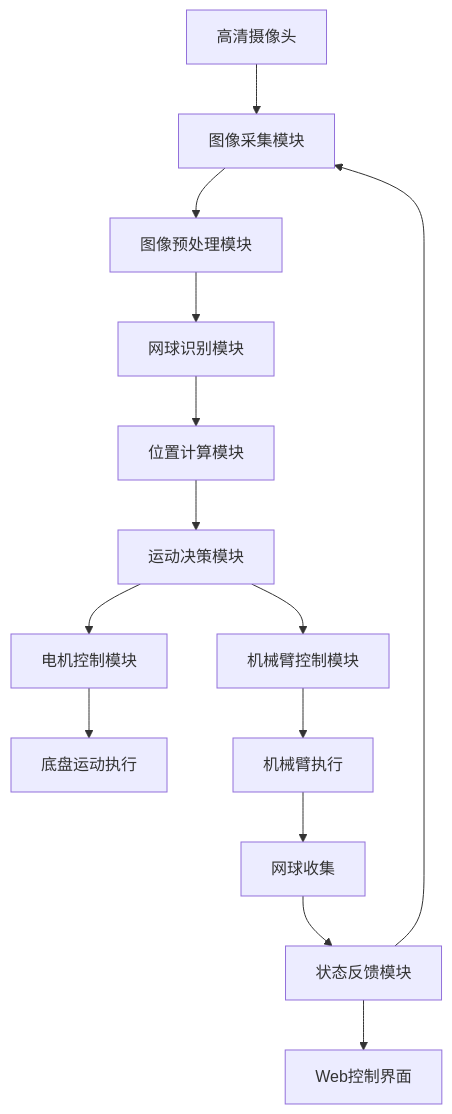
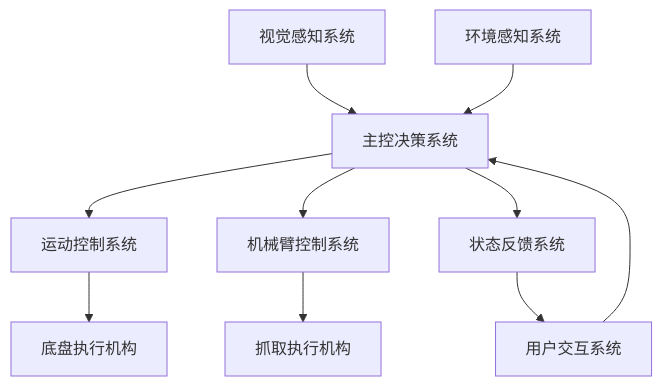
Before and after one commit to chenlongos/Phytium-Pi-Robot: the first of 2 diagrams in src/chapter_1/1_5_system_architecture.md, drawn with Mermaid. The commit also changed other lines of this file and 44 other files, not shown here.

````diff
--- a/src/chapter_1/1_5_system_architecture.md
+++ b/src/chapter_1/1_5_system_architecture.md
@@ -2,16 +7,13 @@
 ```mermaid
 graph TD
-    A[高清摄像头] --> B[图像采集模块]
-    B --> C[图像预处理模块]
-    C --> D[网球识别模块]
-    D --> E[位置计算模块]
-    E --> F[运动决策模块]
-    F --> G[电机控制模块]
-    G --> H[底盘运动执行]
-    F --> I[机械臂控制模块]
-    I --> J[机械臂执行]
-    J --> K[网球收集]
-    K --> L[状态反馈模块]
-    L --> B
-    L --> M[Web控制界面]
+    A[视觉感知系统] --> B[主控决策系统]
+    B --> C[运动控制系统]
+    B --> D[机械臂控制系统]
+    C --> E[底盘执行机构]
+    D --> F[抓取执行机构]
+    G[用户交互系统] --> B
+    H[环境感知系统] --> B
+    B --> I[状态反馈系统]
+    I --> G
+
 ```
````
